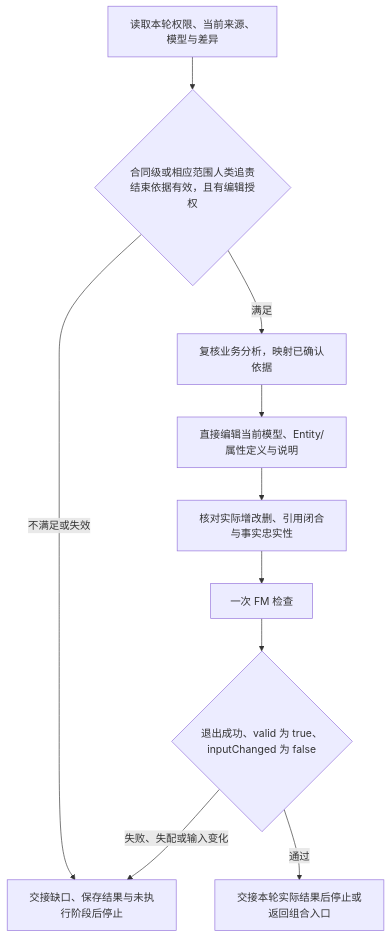
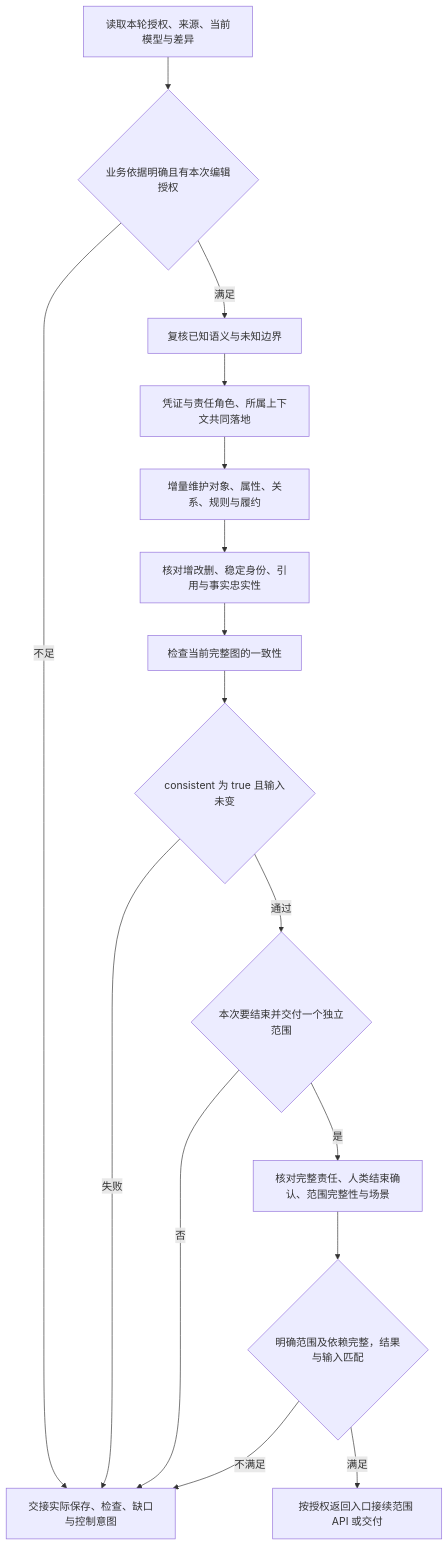
Before and after one commit to JayClock/Evidence-Framework: the diagram in .agents/skills/evidence-fm/references/editing-workflow.md, drawn with Mermaid. The commit also changed other lines of this file and 74 other files, not shown here.

````diff
--- a/.agents/skills/evidence-fm/references/editing-workflow.md
+++ b/.agents/skills/evidence-fm/references/editing-workflow.md
@@ -7,21 +5,31 @@
 ```mermaid
 flowchart TD
-    input[读取本轮权限、当前来源、模型与差异]
-    admission{合同级或相应范围人类追责结束依据有效，且有编辑授权}
-    mapping[复核业务分析，映射已确认依据]
-    edit[直接编辑当前模型、Entity/属性定义与说明]
-    difference[核对实际增改删、引用闭合与事实忠实性]
-    check[一次 FM 检查]
-    valid{退出成功、valid 为 true、inputChanged 为 false}
-    blocked[交接缺口、保存结果与未执行阶段后停止]
-    handoff[交接本轮实际结果后停止或返回组合入口]
-    input --> admission
-    admission -->|不满足或失效| blocked
-    admission -->|满足| mapping
-    mapping --> edit
+    input[读取本轮授权、来源、当前模型与差异]
+    permission{业务依据明确且有本次编辑授权}
+    mapping[复核已知语义与未知边界]
+    pair[凭证与责任角色、所属上下文共同落地]
+    edit[增量维护对象、属性、关系、规则与履约]
+    difference[核对增改删、稳定身份、引用与事实忠实性]
+    check[检查当前完整图的一致性]
+    consistent{consistent 为 true 且输入未变}
+    finish{本次要结束并交付一个独立范围}
+    scope[核对完整责任、人类结束确认、范围完整性与场景]
+    ready{明确范围及依赖完整，结果与输入匹配}
+    handoff[交接实际保存、检查、缺口与控制意图]
+    downstream[按授权返回入口接续范围 API 或交付]
+    input --> permission
+    permission -->|不足| handoff
+    permission -->|满足| mapping
+    mapping --> pair
+    pair --> edit
     edit --> difference
     difference --> check
-    check --> valid
-    valid -->|失败、失配或输入变化| blocked
-    valid -->|通过| handoff
+    check --> consistent
+    consistent -->|失败| handoff
+    consistent -->|通过| finish
+    finish -->|否| handoff
+    finish -->|是| scope
+    scope --> ready
+    ready -->|不满足| handoff
+    ready -->|满足| downstream
 ```
````
